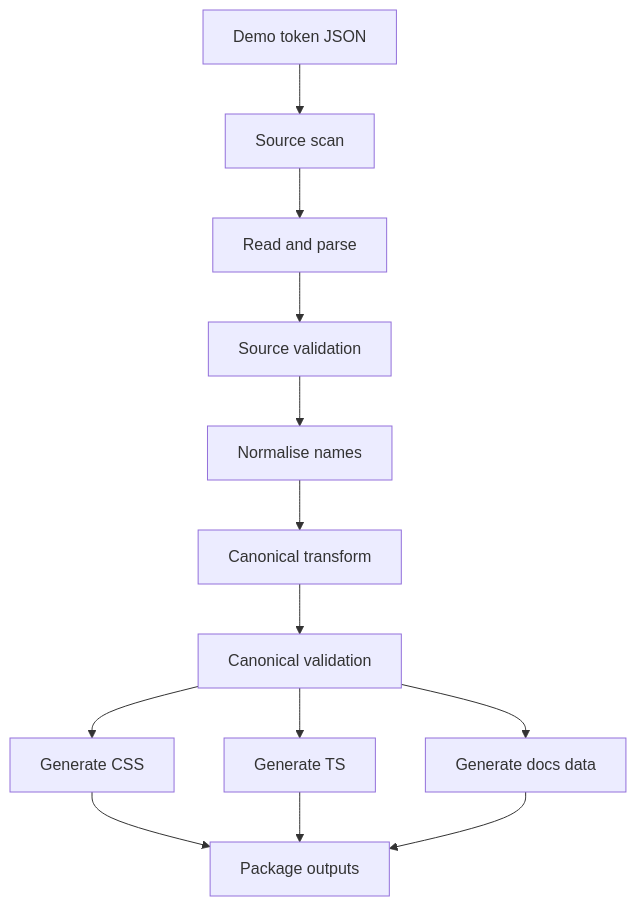
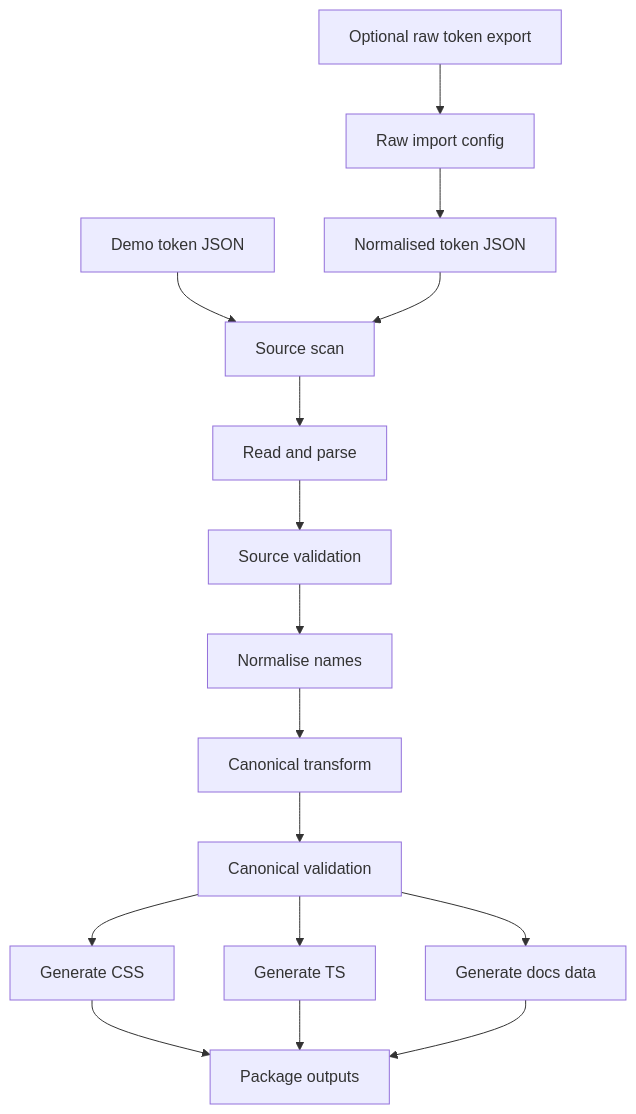
Before and after one commit to jaminjadey/design-system: the diagram in docs/04-token-build-pipeline.md, drawn with Mermaid. The commit also changed other lines of this file and 23 other files, not shown here.

Commit message:
feat: add raw token importer

````diff
--- a/docs/04-token-build-pipeline.md
+++ b/docs/04-token-build-pipeline.md
@@ -7,15 +7,18 @@
 ```mermaid
 flowchart TD
-  A[Demo token JSON] --> B[Source scan]
-  B --> C[Read and parse]
-  C --> D[Source validation]
-  D --> E[Normalise names]
-  E --> F[Canonical transform]
-  F --> G[Canonical validation]
-  G --> H[Generate CSS]
-  G --> I[Generate TS]
-  G --> J[Generate docs data]
-  H --> K[Package outputs]
-  I --> K
-  J --> K
+  A[Optional raw token export] --> B[Raw import config]
+  B --> C[Normalised token JSON]
+  D[Demo token JSON] --> E[Source scan]
+  C --> E
+  E --> F[Read and parse]
+  F --> G[Source validation]
+  G --> H[Normalise names]
+  H --> I[Canonical transform]
+  I --> J[Canonical validation]
+  J --> K[Generate CSS]
+  J --> L[Generate TS]
+  J --> M[Generate docs data]
+  K --> N[Package outputs]
+  L --> N
+  M --> N
 ```
````
